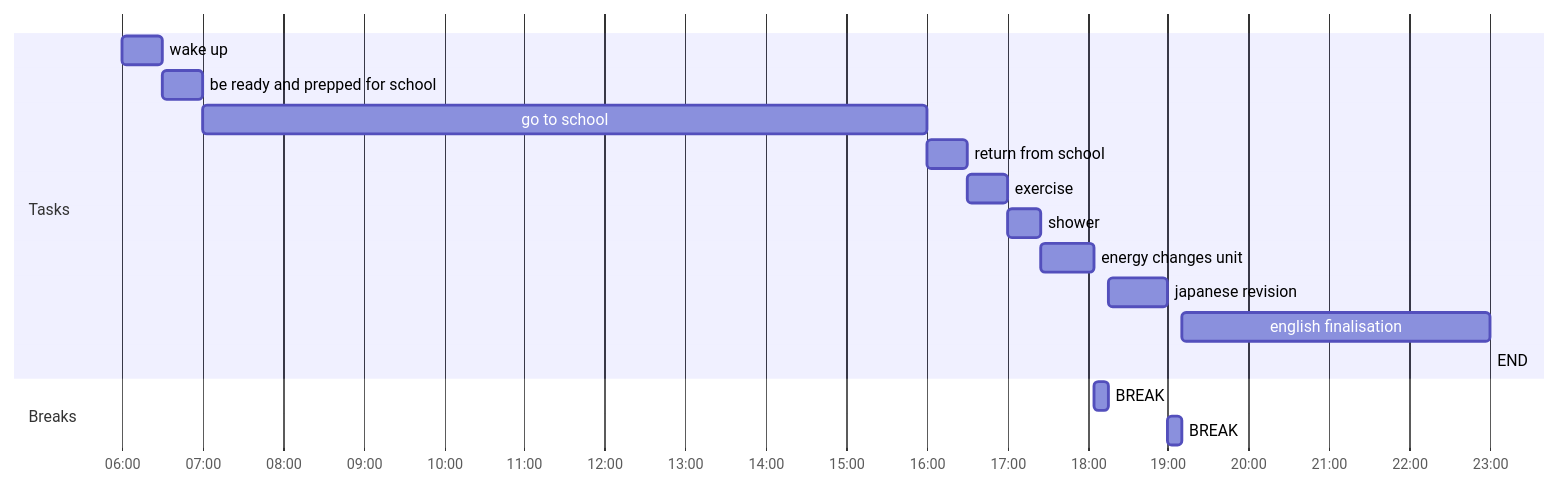
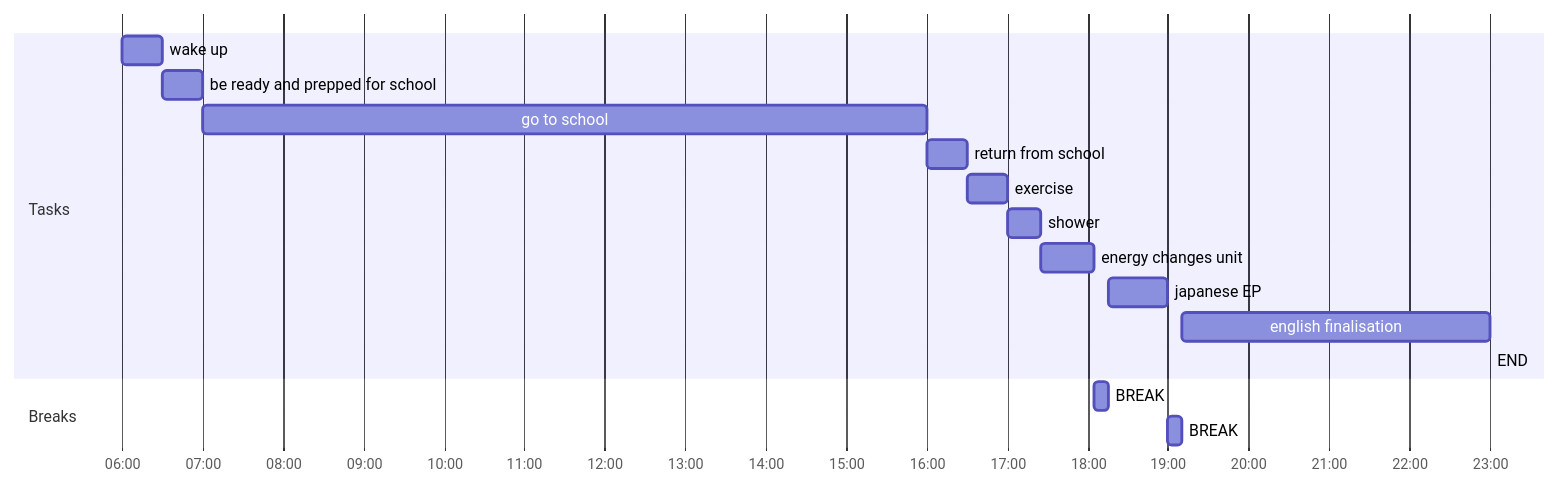
One commit to imlodinu/lodspace changed the diagram in Day Planners/Day Planner-20230720.md. Above: the diagram before and after it, drawn with Mermaid. The commit also changed other lines of this file and 5 other files, not shown here.

````diff
--- a/Day Planners/Day Planner-20230720.md
+++ b/Day Planners/Day Planner-20230720.md
@@ -2,20 +2,20 @@
 ```mermaid
 gantt
     dateFormat  HH-mm
     axisFormat %H:%M
-    %% Current Time: 5:11:02 PM
+    %% Current Time: 5:11:32 PM
     section Tasks
     wake up     :06-00, 30m
     be ready and prepped for school     :06-30, 30m
     go to school     :07-00, 540m
     return from school     :16-00, 30m
     exercise     :16-30, 30m
     shower     :17-00, 25m
     energy changes unit     :17-25, 40m
-    japanese revision     :18-15, 45m
+    japanese EP     :18-15, 45m
     english finalisation     :19-10, 230m
     END     :23-00, 0m
     section Breaks
     BREAK     :18-05, 10m
     BREAK     :19-00, 10m
 ```
````
